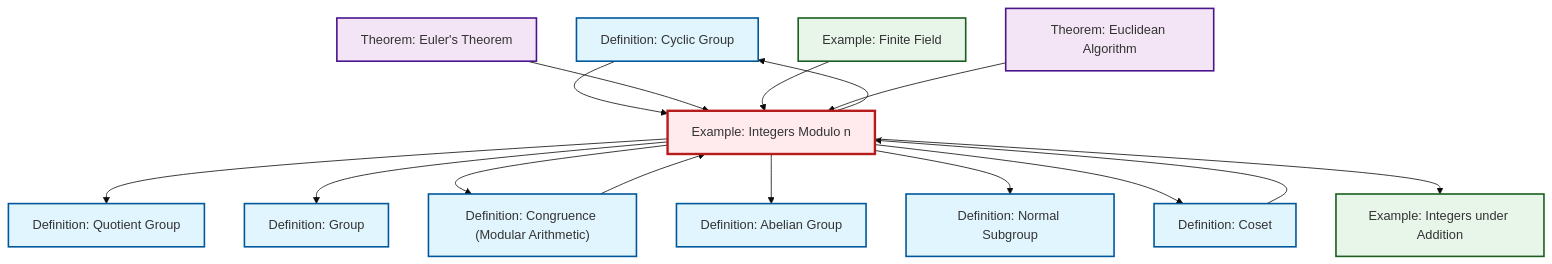
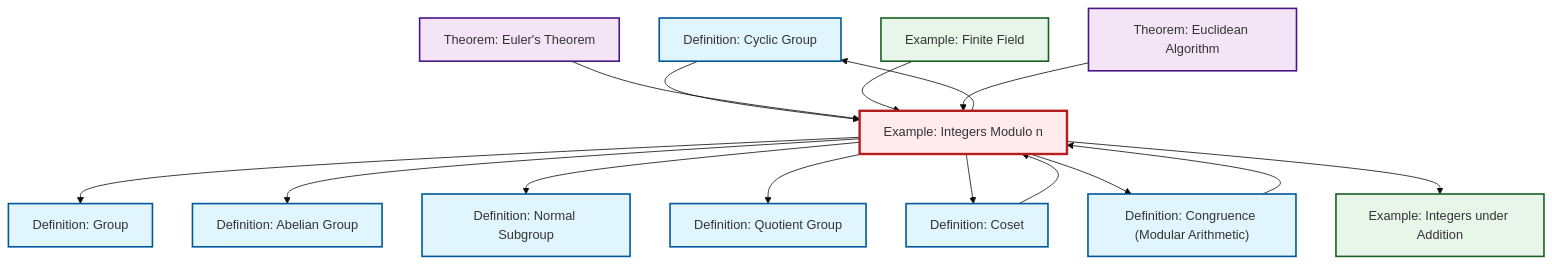
Before and after one commit to RK0429/ModernMath: the diagram in content/ja/algebra/ex-quotient-integers-mod-n.qmd, drawn with Mermaid (base theme). The commit also changed other lines of this file and 491 other files, not shown here.

````diff
--- a/content/ja/algebra/ex-quotient-integers-mod-n.qmd
+++ b/content/ja/algebra/ex-quotient-integers-mod-n.qmd
@@ -122,47 +122,47 @@
 ```{mermaid}
 %%| fig-cap: "Local dependency graph"
 graph TD
     classDef definition fill:#e1f5fe,stroke:#01579b,stroke-width:2px
     classDef theorem fill:#f3e5f5,stroke:#4a148c,stroke-width:2px
     classDef axiom fill:#fff3e0,stroke:#e65100,stroke-width:2px
     classDef example fill:#e8f5e9,stroke:#1b5e20,stroke-width:2px
     classDef current fill:#ffebee,stroke:#b71c1c,stroke-width:3px
-    ex-integers-addition["Example: Integers under Addition"]:::example
-    def-group["Definition: Group"]:::definition
+    def-abelian-group["Definition: Abelian Group"]:::definition
     def-cyclic-group["Definition: Cyclic Group"]:::definition
-    thm-euler["Theorem: Euler's Theorem"]:::theorem
-    def-congruence["Definition: Congruence (Modular Arithmetic)"]:::definition
-    def-abelian-group["Definition: Abelian Group"]:::definition
-    ex-quotient-integers-mod-n["Example: Integers Modulo n"]:::example
-    def-coset["Definition: Coset"]:::definition
     def-normal-subgroup["Definition: Normal Subgroup"]:::definition
     ex-finite-field["Example: Finite Field"]:::example
+    thm-euler["Theorem: Euler's Theorem"]:::theorem
     thm-euclidean-algorithm["Theorem: Euclidean Algorithm"]:::theorem
+    def-coset["Definition: Coset"]:::definition
+    def-group["Definition: Group"]:::definition
+    ex-integers-addition["Example: Integers under Addition"]:::example
     def-quotient-group["Definition: Quotient Group"]:::definition
+    def-congruence["Definition: Congruence (Modular Arithmetic)"]:::definition
+    ex-quotient-integers-mod-n["Example: Integers Modulo n"]:::example
+    ex-quotient-integers-mod-n --> def-group
+    ex-quotient-integers-mod-n --> def-cyclic-group
+    ex-quotient-integers-mod-n --> def-abelian-group
+    ex-quotient-integers-mod-n --> def-normal-subgroup
+    ex-quotient-integers-mod-n --> def-quotient-group
     def-cyclic-group --> ex-quotient-integers-mod-n
-    ex-quotient-integers-mod-n --> def-quotient-group
+    ex-quotient-integers-mod-n --> def-coset
+    ex-quotient-integers-mod-n --> def-congruence
     thm-euler --> ex-quotient-integers-mod-n
+    ex-finite-field --> ex-quotient-integers-mod-n
+    thm-euclidean-algorithm --> ex-quotient-integers-mod-n
     def-coset --> ex-quotient-integers-mod-n
-    ex-quotient-integers-mod-n --> def-group
-    ex-finite-field --> ex-quotient-integers-mod-n
-    ex-quotient-integers-mod-n --> def-congruence
-    ex-quotient-integers-mod-n --> def-abelian-group
-    ex-quotient-integers-mod-n --> def-cyclic-group
-    ex-quotient-integers-mod-n --> def-normal-subgroup
-    ex-quotient-integers-mod-n --> def-coset
-    thm-euclidean-algorithm --> ex-quotient-integers-mod-n
     def-congruence --> ex-quotient-integers-mod-n
     ex-quotient-integers-mod-n --> ex-integers-addition
     class ex-quotient-integers-mod-n current
-    click ex-integers-addition "ex-integers-addition.html" "Example: Integers under Additionへ"
-    click def-group "def-group.html" "Definition: Groupへ"
+    click def-abelian-group "def-abelian-group.html" "Definition: Abelian Groupへ"
     click def-cyclic-group "def-cyclic-group.html" "Definition: Cyclic Groupへ"
-    click thm-euler "thm-euler.html" "Theorem: Euler's Theoremへ"
-    click def-congruence "def-congruence.html" "Definition: Congruence (Modular Arithmetic)へ"
-    click def-abelian-group "def-abelian-group.html" "Definition: Abelian Groupへ"
-    click def-coset "def-coset.html" "Definition: Cosetへ"
     click def-normal-subgroup "def-normal-subgroup.html" "Definition: Normal Subgroupへ"
     click ex-finite-field "ex-finite-field.html" "Example: Finite Fieldへ"
+    click thm-euler "thm-euler.html" "Theorem: Euler's Theoremへ"
     click thm-euclidean-algorithm "thm-euclidean-algorithm.html" "Theorem: Euclidean Algorithmへ"
+    click def-coset "def-coset.html" "Definition: Cosetへ"
+    click def-group "def-group.html" "Definition: Groupへ"
+    click ex-integers-addition "ex-integers-addition.html" "Example: Integers under Additionへ"
     click def-quotient-group "def-quotient-group.html" "Definition: Quotient Groupへ"
+    click def-congruence "def-congruence.html" "Definition: Congruence (Modular Arithmetic)へ"
 ```
````
